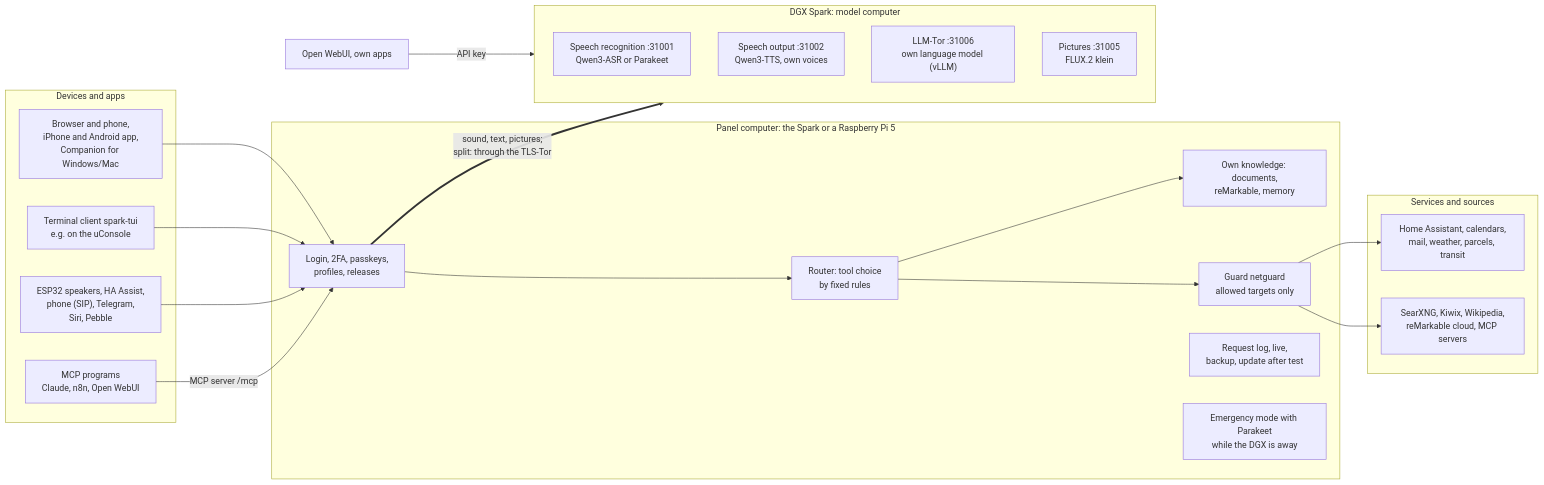
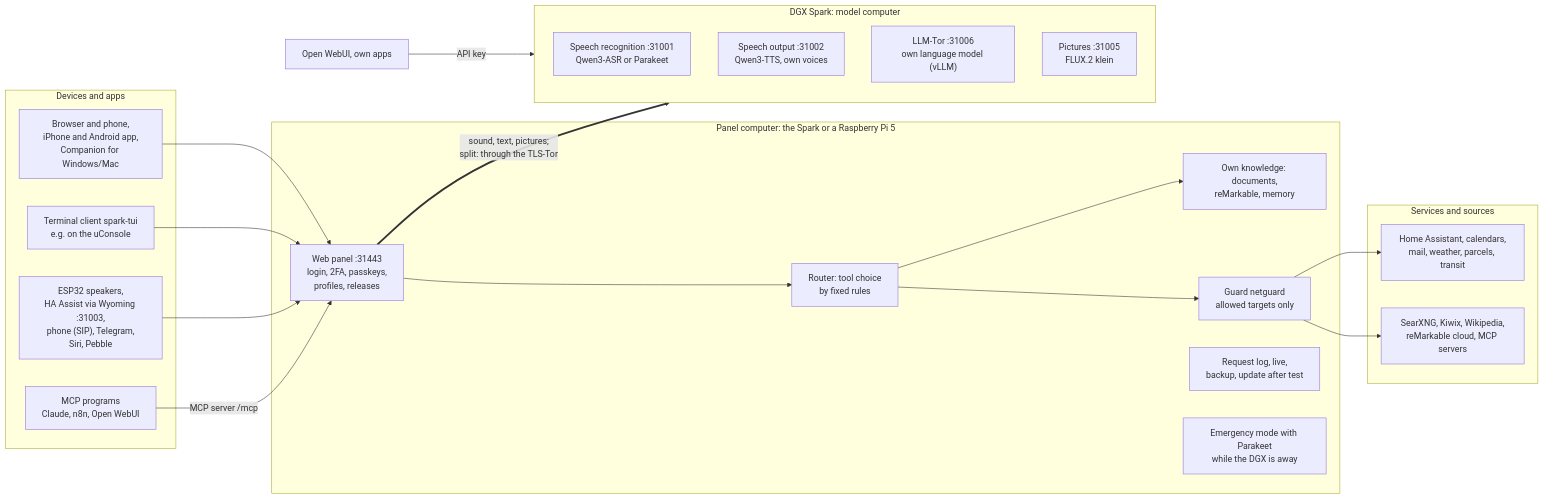
Before and after one commit to db9979/speech-on-dgx-spark: the diagram in README.md, drawn with Mermaid. The commit also changed other lines of this file and 26 other files, not shown here.

First line of the commit message:
V01.0.669 Docs and help name the own language model; test_doku_stand keeps README, diagram and ports in step

````diff
--- a/README.md
+++ b/README.md
@@ -58,39 +58,39 @@
 ```mermaid
 flowchart LR
   subgraph Clients["Devices and apps"]
     B["Browser and phone,<br/>iPhone and Android app,<br/>Companion for Windows/Mac"]
     T["Terminal client spark-tui<br/>e.g. on the uConsole"]
-    X["ESP32 speakers, HA Assist,<br/>phone (SIP), Telegram,<br/>Siri, Pebble"]
+    X["ESP32 speakers,<br/>HA Assist via Wyoming :31003,<br/>phone (SIP), Telegram,<br/>Siri, Pebble"]
     M["MCP programs<br/>Claude, n8n, Open WebUI"]
   end
   subgraph Panel["Panel computer: the Spark or a Raspberry Pi 5"]
-    G["Login, 2FA, passkeys,<br/>profiles, releases"]
+    G["Web panel :31443<br/>login, 2FA, passkeys,<br/>profiles, releases"]
     R["Router: tool choice<br/>by fixed rules"]
     K["Own knowledge: documents,<br/>reMarkable, memory"]
     S["Guard netguard<br/>allowed targets only"]
     LOG["Request log, live,<br/>backup, update after test"]
     NB["Emergency mode with Parakeet<br/>while the DGX is away"]
   end
   subgraph Spark["DGX Spark: model computer"]
     ASR["Speech recognition :31001<br/>Qwen3-ASR or Parakeet"]
     TTS["Speech output :31002<br/>Qwen3-TTS, own voices"]
     LLM["LLM-Tor :31006<br/>own language model (vLLM)"]
     IMG["Pictures :31005<br/>FLUX.2 klein"]
   end
   subgraph Out["Services and sources"]
     E["Home Assistant, calendars,<br/>mail, weather, parcels, transit"]
     Q["SearXNG, Kiwix, Wikipedia,<br/>reMarkable cloud, MCP servers"]
   end
   A["Open WebUI, own apps"]
   B --> G
   T --> G
   X --> G
   M -->|"MCP server /mcp"| G
   G --> R
   R --> K
   R --> S
   S --> E
   S --> Q
   G ==>|"sound, text, pictures;<br/>split: through the TLS-Tor"| Spark
   A -->|"API key"| Spark
 ```
````
